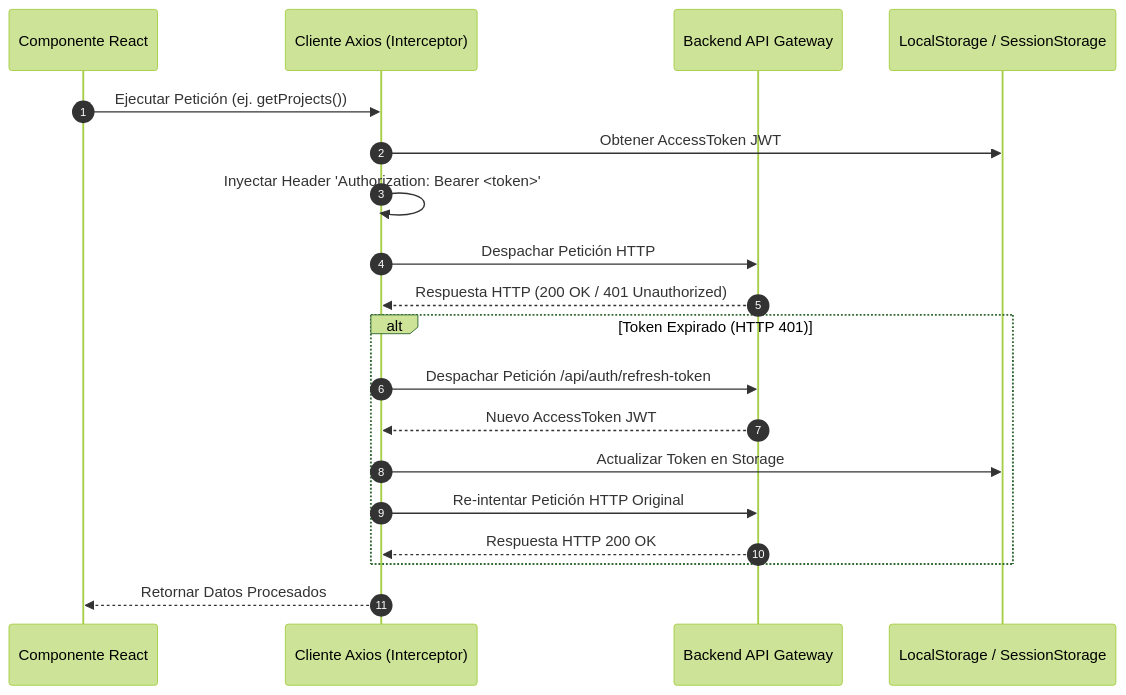
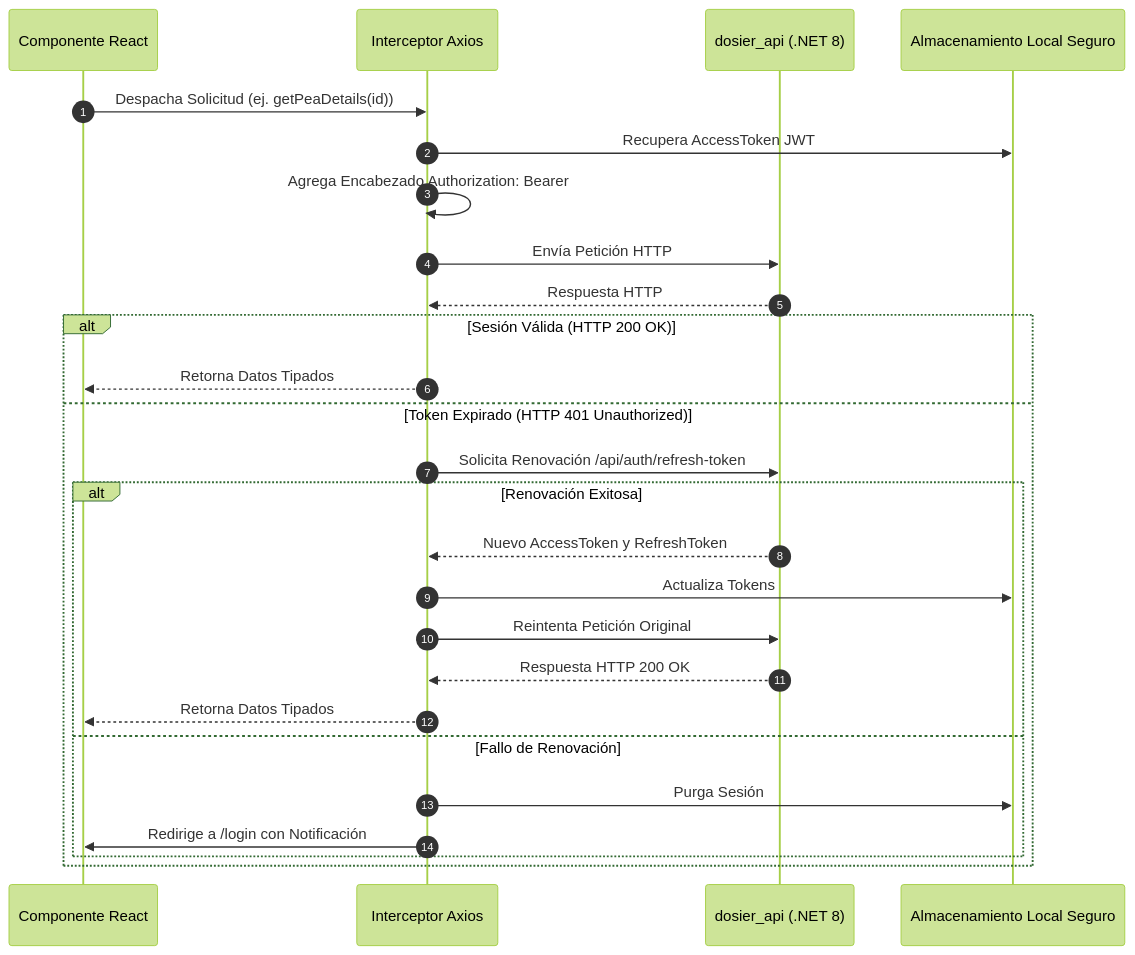
One commit to JorgeDoicela/dosier changed the diagram in docs/documentacion/05-frontend-web/03-integracion-api-y-resiliencia.md. Above: the diagram before and after it, drawn with Mermaid (forest theme). The commit also changed other lines of this file and 34 other files, not shown here.

````diff
--- a/docs/documentacion/05-frontend-web/03-integracion-api-y-resiliencia.md
+++ b/docs/documentacion/05-frontend-web/03-integracion-api-y-resiliencia.md
@@ -13,24 +17,30 @@
 ```mermaid
 sequenceDiagram
     autonumber
     participant UI as Componente React
-    participant Axios as Cliente Axios (Interceptor)
-    participant API as Backend API Gateway
-    participant Storage as LocalStorage / SessionStorage
+    participant Axios as Interceptor Axios
+    participant Backend as dosier_api (.NET 8)
+    participant Storage as Almacenamiento Local Seguro
 
-    UI->>Axios: Ejecutar Petición (ej. getProjects())
-    Axios->>Storage: Obtener AccessToken JWT
-    Axios->>Axios: Inyectar Header 'Authorization: Bearer <token>'
-    Axios->>API: Despachar Petición HTTP
-    API-->>Axios: Respuesta HTTP (200 OK / 401 Unauthorized)
+    UI->>Axios: Despacha Solicitud (ej. getPeaDetails(id))
+    Axios->>Storage: Recupera AccessToken JWT
+    Axios->>Axios: Agrega Encabezado Authorization: Bearer
+    Axios->>Backend: Envía Petición HTTP
+    Backend-->>Axios: Respuesta HTTP
 
-    alt Token Expirado (HTTP 401)
-        Axios->>API: Despachar Petición /api/auth/refresh-token
-        API-->>Axios: Nuevo AccessToken JWT
-        Axios->>Storage: Actualizar Token en Storage
-        Axios->>API: Re-intentar Petición HTTP Original
-        API-->>Axios: Respuesta HTTP 200 OK
+    alt Sesión Válida (HTTP 200 OK)
+        Axios-->>UI: Retorna Datos Tipados
+    else Token Expirado (HTTP 401 Unauthorized)
+        Axios->>Backend: Solicita Renovación /api/auth/refresh-token
+        alt Renovación Exitosa
+            Backend-->>Axios: Nuevo AccessToken y RefreshToken
+            Axios->>Storage: Actualiza Tokens
+            Axios->>Backend: Reintenta Petición Original
+            Backend-->>Axios: Respuesta HTTP 200 OK
+            Axios-->>UI: Retorna Datos Tipados
+        else Fallo de Renovación
+            Axios->>Storage: Purga Sesión
+            Axios->>UI: Redirige a /login con Notificación
+        end
     end
-
-    Axios-->>UI: Retornar Datos Procesados
 ```
````
